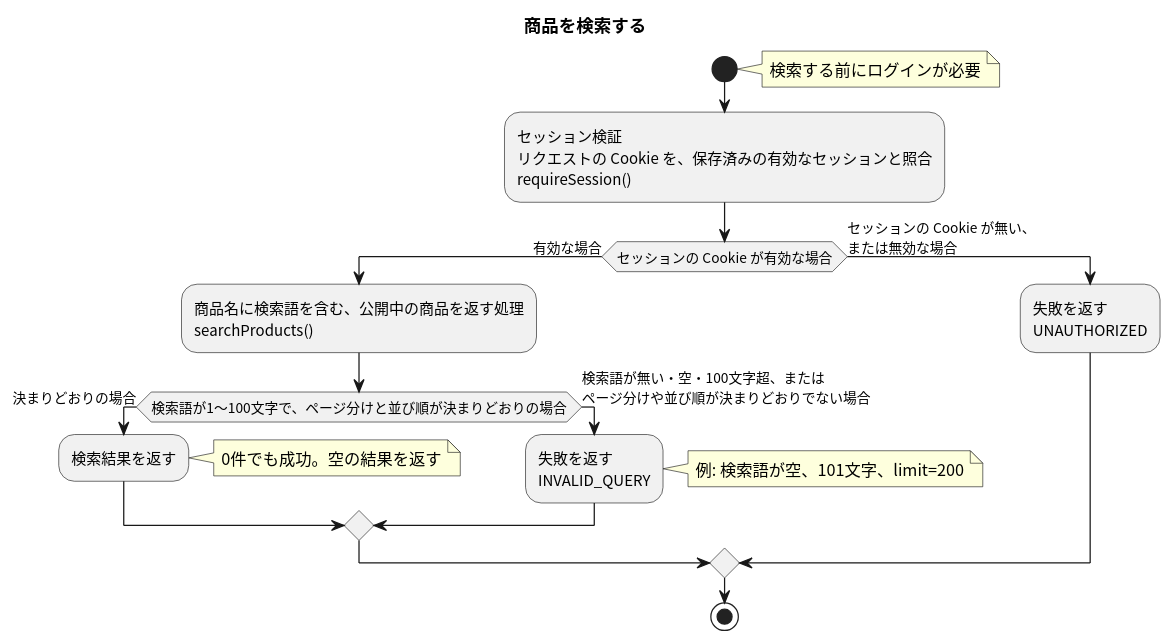
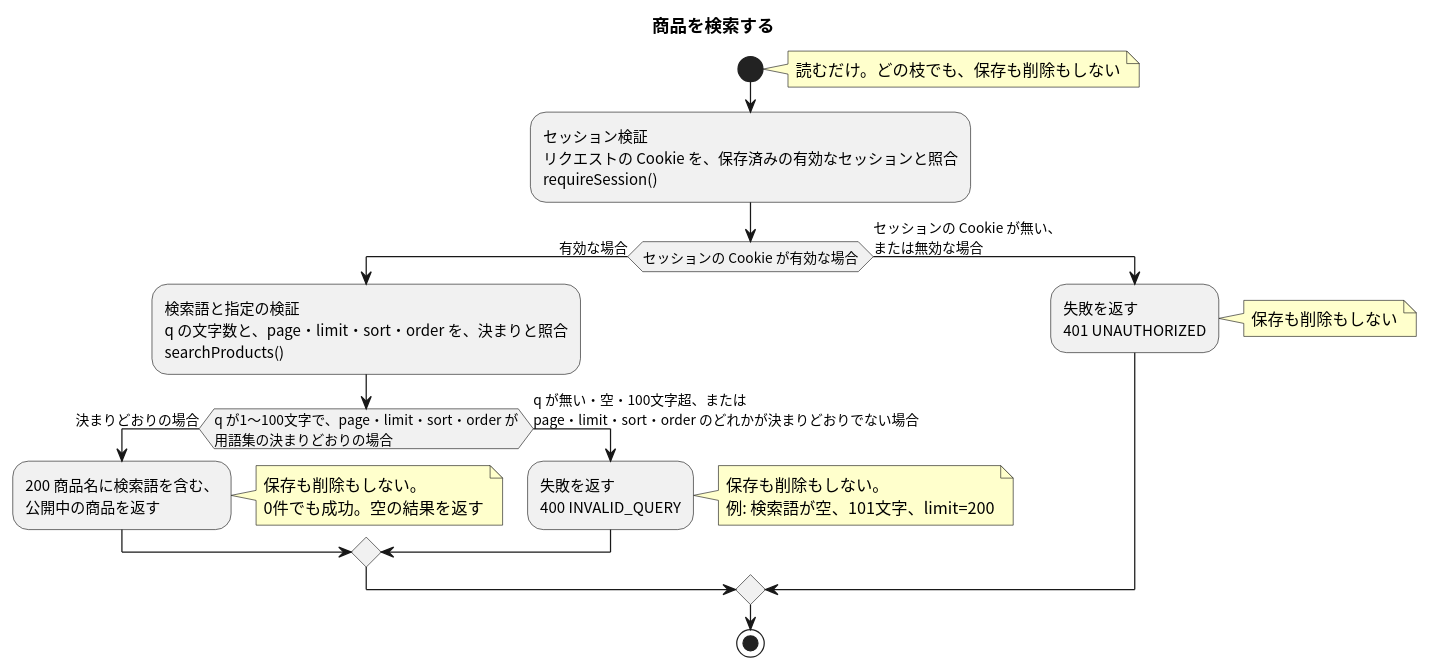
Before and after one commit to masamasamasato/design-doc-template: the diagram in apis/search-products/flow.puml, drawn with PlantUML. The commit also changed 63 other files, not shown here.

```diff
--- a/apis/search-products/flow.puml
+++ b/apis/search-products/flow.puml
@@ -3,24 +3,26 @@
 @startuml
 skinparam shadowing false
 skinparam defaultFontName "Noto Sans CJK JP"
 skinparam ActivityFontName "Noto Sans CJK JP"
+skinparam NoteBackgroundColor #FFFFCC
 
 title 商品を検索する
 
 start
-note right: 検索する前にログインが必要
+note right: 読むだけ。どの枝でも、保存も削除もしない
 :セッション検証\nリクエストの Cookie を、保存済みの有効なセッションと照合\nrequireSession();
 if (セッションの Cookie が有効な場合) then (有効な場合)
-  :商品名に検索語を含む、公開中の商品を返す処理\nsearchProducts();
-  if (検索語が1〜100文字で、ページ分けと並び順が決まりどおりの場合) then (決まりどおりの場合)
-    :検索結果を返す;
-    note right: 0件でも成功。空の結果を返す
-  else (検索語が無い・空・100文字超、または\nページ分けや並び順が決まりどおりでない場合)
-    :失敗を返す\nINVALID_QUERY;
-    note right: 例: 検索語が空、101文字、limit=200
+  :検索語と指定の検証\nq の文字数と、page・limit・sort・order を、決まりと照合\nsearchProducts();
+  if (q が1〜100文字で、page・limit・sort・order が\n用語集の決まりどおりの場合) then (決まりどおりの場合)
+    :200 商品名に検索語を含む、\n公開中の商品を返す;
+    note right: 保存も削除もしない。\n0件でも成功。空の結果を返す
+  else (q が無い・空・100文字超、または\npage・limit・sort・order のどれかが決まりどおりでない場合)
+    :失敗を返す\n400 INVALID_QUERY;
+    note right: 保存も削除もしない。\n例: 検索語が空、101文字、limit=200
   endif
 else (セッションの Cookie が無い、\nまたは無効な場合)
-  :失敗を返す\nUNAUTHORIZED;
+  :失敗を返す\n401 UNAUTHORIZED;
+  note right: 保存も削除もしない
 endif
 stop
 @enduml
```
